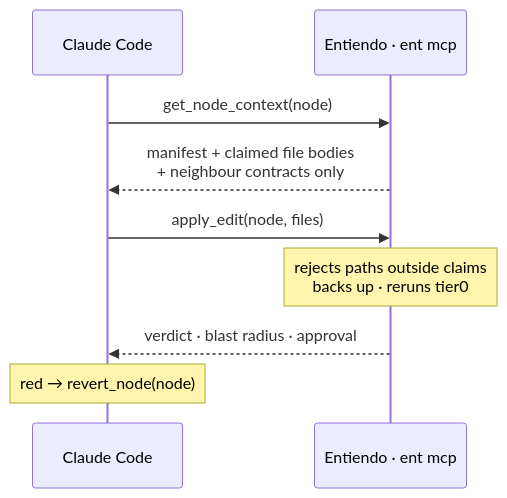
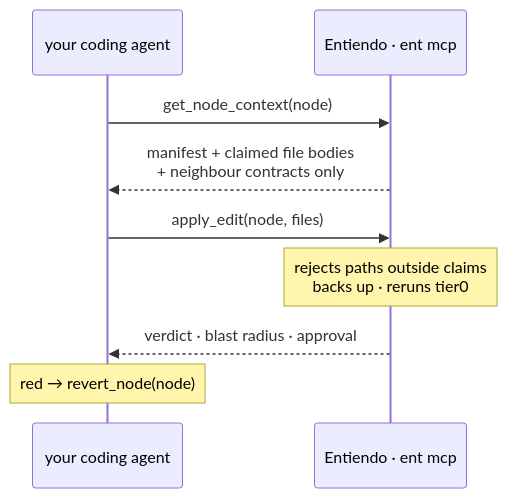
One commit to akashcheema05796-del/Entiendo changed the third of 3 diagrams in README.md. Above: the diagram before and after it, drawn with Mermaid. The commit also changed other lines of this file and 4 other files, not shown here.

First line of the commit message:
docs: README refresh + one guide for Claude Code, Cursor and Antigravity

````diff
--- a/README.md
+++ b/README.md
@@ -351,11 +385,11 @@
 ```mermaid
 sequenceDiagram
-  participant CC as Claude Code
+  participant CC as your coding agent
   participant E as Entiendo · ent mcp
   CC->>E: get_node_context(node)
   E-->>CC: manifest + claimed file bodies<br/>+ neighbour contracts only
   CC->>E: apply_edit(node, files)
   Note over E: rejects paths outside claims<br/>backs up · reruns tier0
   E-->>CC: verdict · blast radius · approval
   Note over CC: red → revert_node(node)
 ```
````
